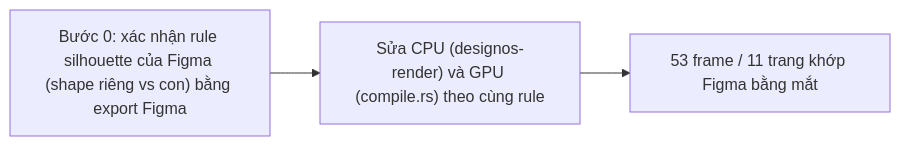
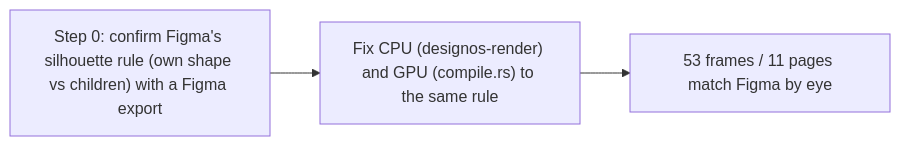
The diagram in plans/specs/v0.7-effects-export/us/US-01.md (jangtrinh/design-os-studio), drawn with Mermaid before and after one commit. The commit also changed other lines of this file and 38 other files, not shown here.

````diff
--- a/plans/specs/v0.7-effects-export/us/US-01.md
+++ b/plans/specs/v0.7-effects-export/us/US-01.md
@@ -42,5 +42,5 @@
 ```mermaid
 flowchart LR
-  A["Bước 0: xác nhận rule silhouette của Figma (shape riêng vs con) bằng export Figma"] --> B["Sửa CPU (designos-render) và GPU (compile.rs) theo cùng rule"]
-  B --> C["53 frame / 11 trang khớp Figma bằng mắt"]
+  A["Step 0: confirm Figma's silhouette rule (own shape vs children) with a Figma export"] --> B["Fix CPU (designos-render) and GPU (compile.rs) to the same rule"]
+  B --> C["53 frames / 11 pages match Figma by eye"]
 ```
````
